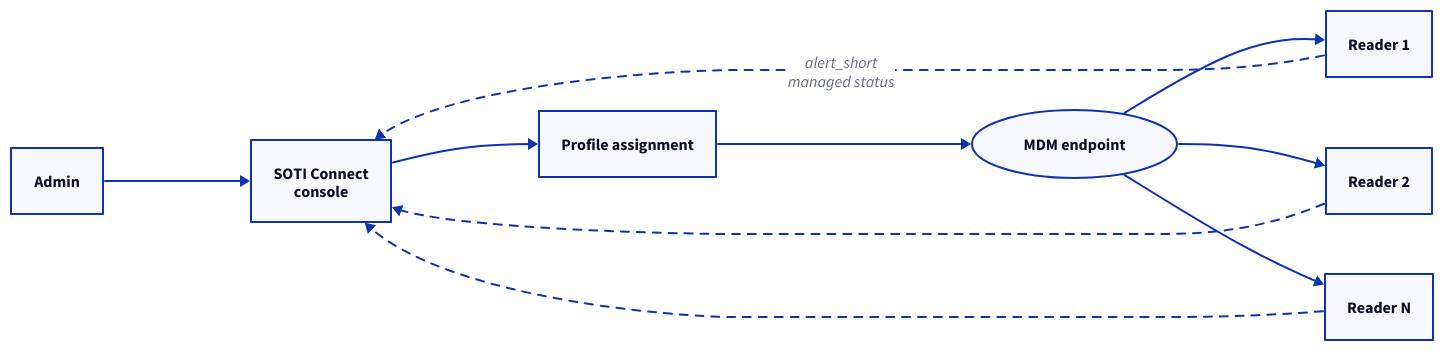
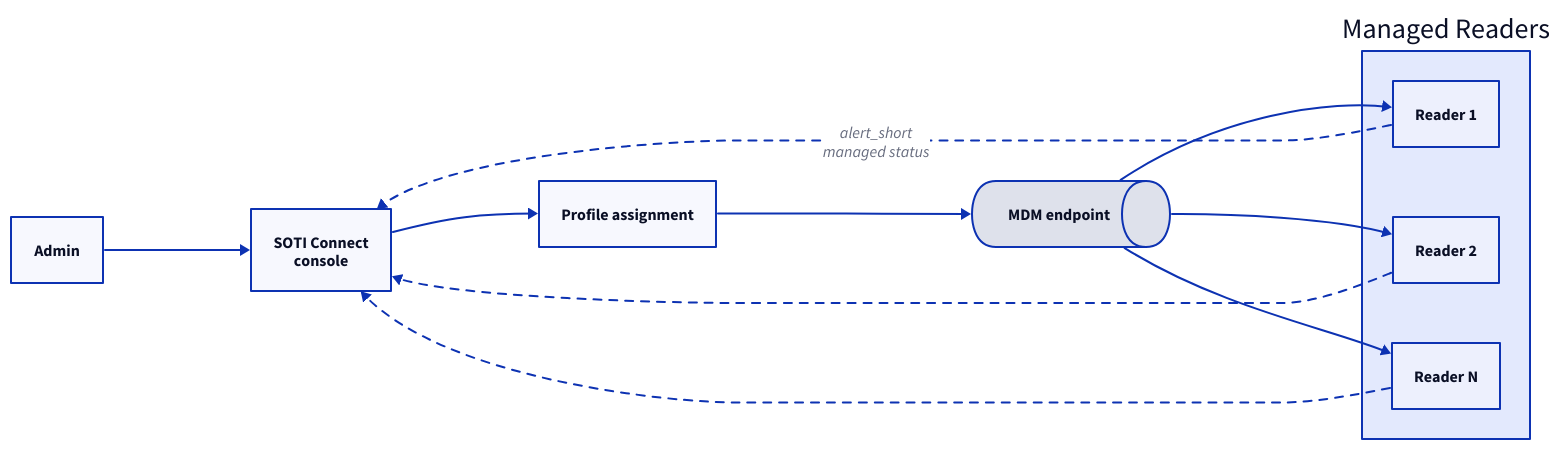
One commit to admiral-ai/zebra-handheld-rfid-iotc changed the diagram in docs/fleet/provisioning/soti-connect.md. Above: the diagram before and after it, drawn with D2. The commit also changed 40 other files, not shown here.

First line of the commit message:
Redesign all 54 D2 diagrams to a unified visual system

````diff
--- a/docs/fleet/provisioning/soti-connect.md
+++ b/docs/fleet/provisioning/soti-connect.md
@@ -36,19 +36,22 @@
 ```d2
 direction: right
 Adm: Admin
 SOTI: "SOTI Connect\nconsole"
 Prof: Profile assignment
-MDM: MDM endpoint { shape: oval }
-R1: Reader 1
-R2: Reader 2
-Rn: Reader N
+MDM: MDM endpoint { shape: queue }
+fleet: Managed Readers {
+  R1: Reader 1
+  R2: Reader 2
+  Rn: Reader N
+}
 Adm -> SOTI
 SOTI -> Prof
 Prof -> MDM
-MDM -> R1
-MDM -> R2
-MDM -> Rn
-R1 -> SOTI: "alert_short\nmanaged status" { style.stroke-dash: 4 }
-R2 -> SOTI: { style.stroke-dash: 4 }
-Rn -> SOTI: { style.stroke-dash: 4 }
+MDM -> fleet.R1
+MDM -> fleet.R2
+MDM -> fleet.Rn
+fleet.R1 -> SOTI: "alert_short\nmanaged status" { style.stroke-dash: 4 }
+fleet.R2 -> SOTI { style.stroke-dash: 4 }
+fleet.Rn -> SOTI { style.stroke-dash: 4 }
+
 ```
````
